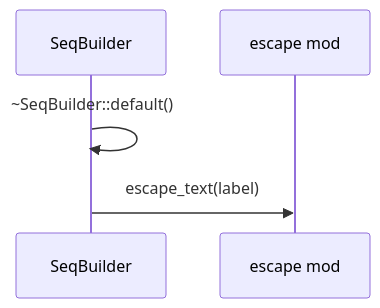
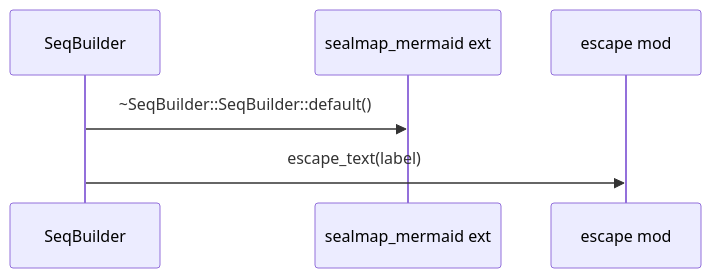
The fourth of 13 diagrams in docs/sealmap/crates/sealmap-mermaid/src/sequence.rs.md (DreamLab-AI/codemaid), drawn with Mermaid before and after one commit. The commit also changed other lines of this file and 45 other files, not shown here.

First line of the commit message:
docs: regenerate the self-corpus for sym: ids and schema v2

````diff
--- a/docs/sealmap/crates/sealmap-mermaid/src/sequence.rs.md
+++ b/docs/sealmap/crates/sealmap-mermaid/src/sequence.rs.md
@@ -113,7 +113,8 @@
 ```mermaid
 sequenceDiagram
-  participant sealmap_mermaid__sequence__SeqBuilder as SeqBuilder
+  participant sealmap_mermaid__sequence___tSeqBuilder as SeqBuilder
+  participant _sealmap_mermaid as sealmap_mermaid ext
   participant sealmap_mermaid__escape as escape mod
-  sealmap_mermaid__sequence__SeqBuilder->>sealmap_mermaid__sequence__SeqBuilder: ~SeqBuilder::default()
-  sealmap_mermaid__sequence__SeqBuilder->>sealmap_mermaid__escape: escape_text(label)
+  sealmap_mermaid__sequence___tSeqBuilder->>_sealmap_mermaid: ~SeqBuilder::SeqBuilder::default()
+  sealmap_mermaid__sequence___tSeqBuilder->>sealmap_mermaid__escape: escape_text(label)
 ```
````
